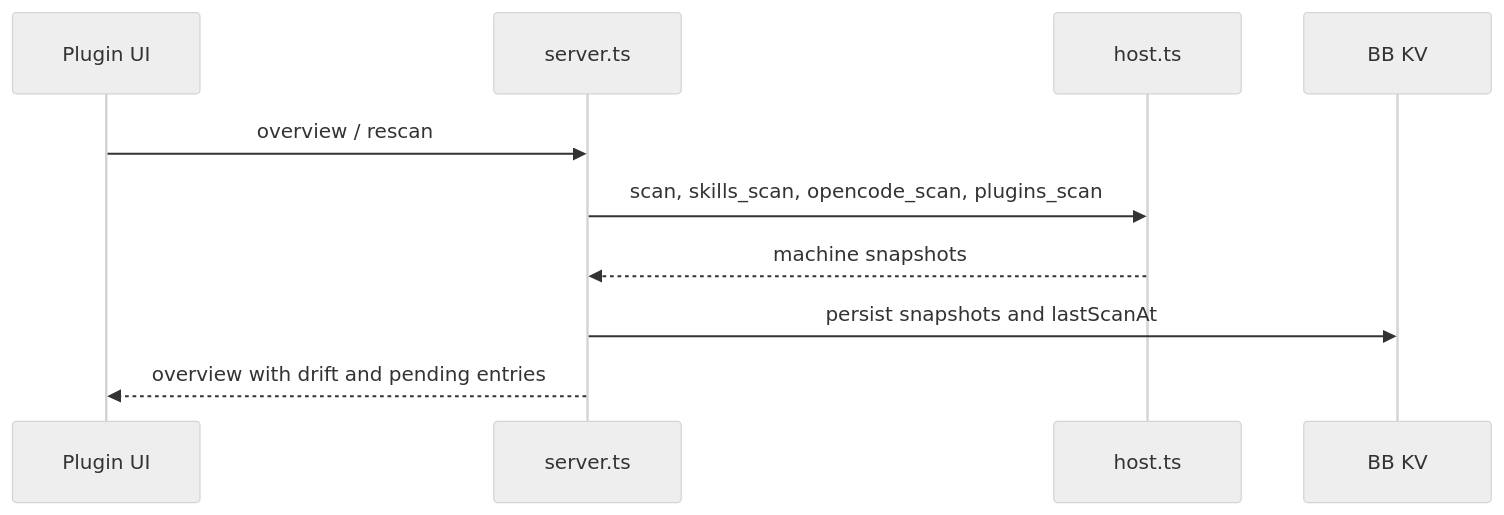
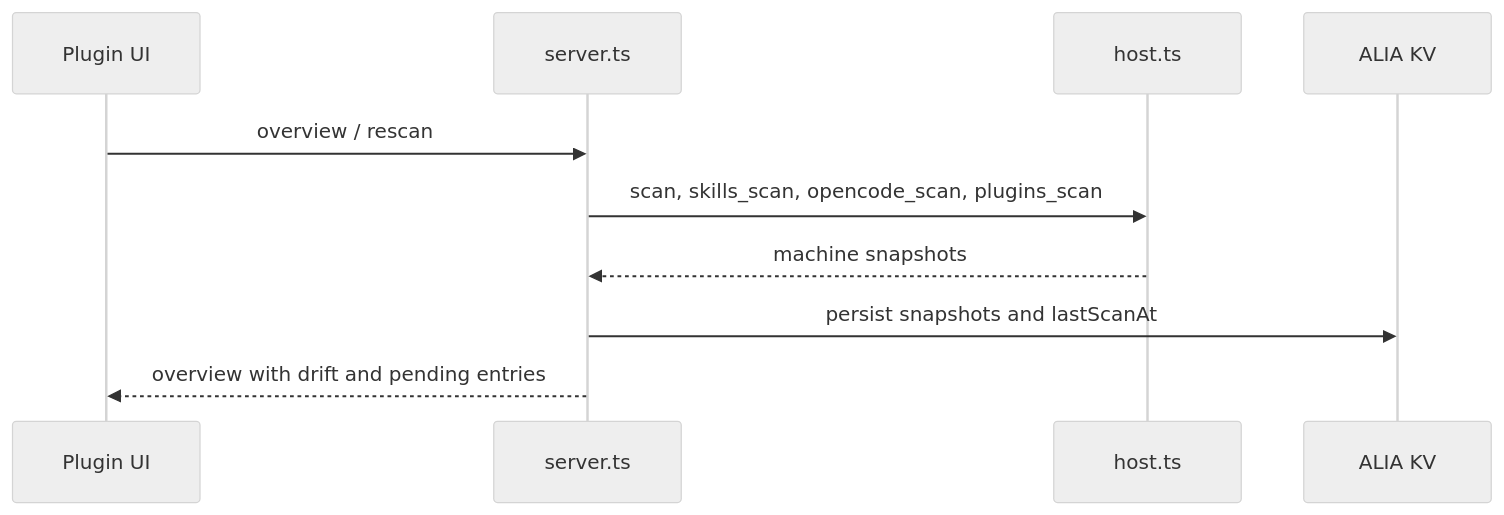
One commit to Vesnalia/vesnalia-plugins changed the third of 5 diagrams in plugins/agent-tools/docs/architecture.md. Above: the diagram before and after it, drawn with Mermaid (neutral theme). The commit also changed other lines of this file and 13306 other files, not shown here.

````diff
--- a/plugins/agent-tools/docs/architecture.md
+++ b/plugins/agent-tools/docs/architecture.md
@@ -91,12 +91,12 @@
 ```mermaid
 sequenceDiagram
   participant UI as Plugin UI
   participant S as server.ts
   participant H as host.ts
-  participant K as BB KV
+  participant K as ALIA KV
   UI->>S: overview / rescan
   S->>H: scan, skills_scan, opencode_scan, plugins_scan
   H-->>S: machine snapshots
   S->>K: persist snapshots and lastScanAt
   S-->>UI: overview with drift and pending entries
 ```
````
